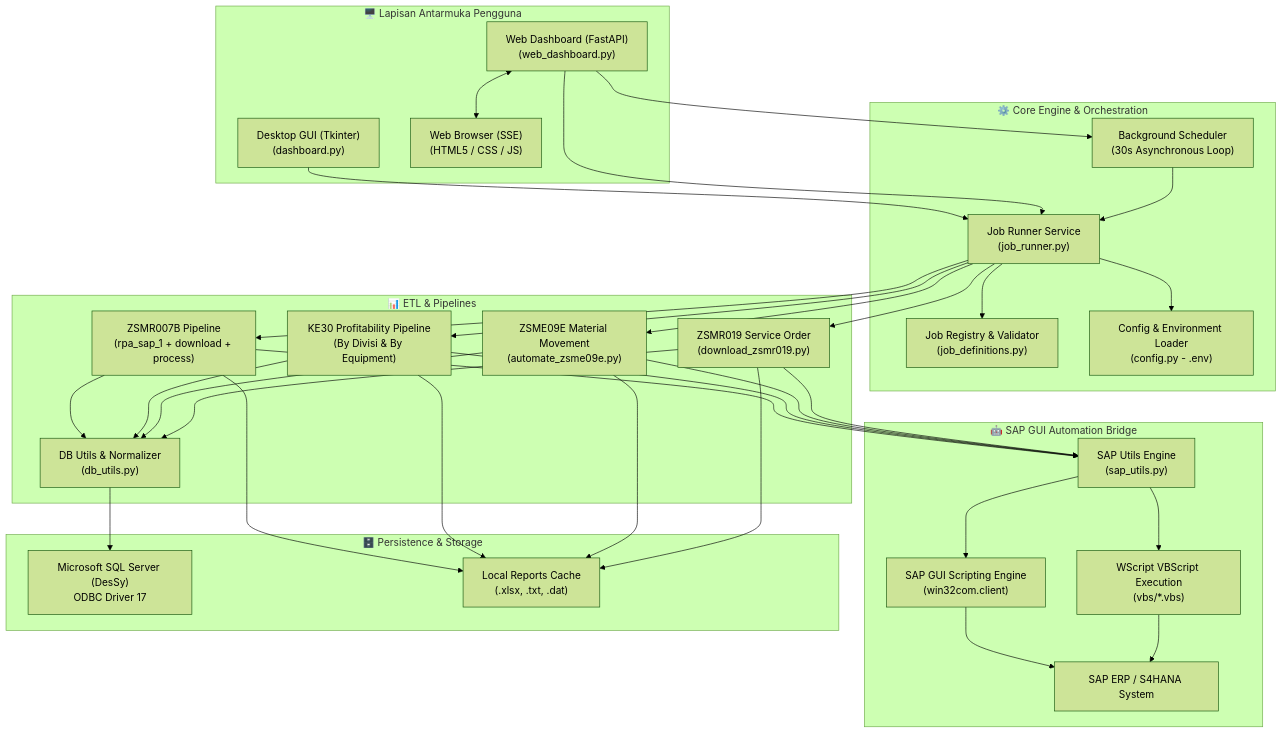
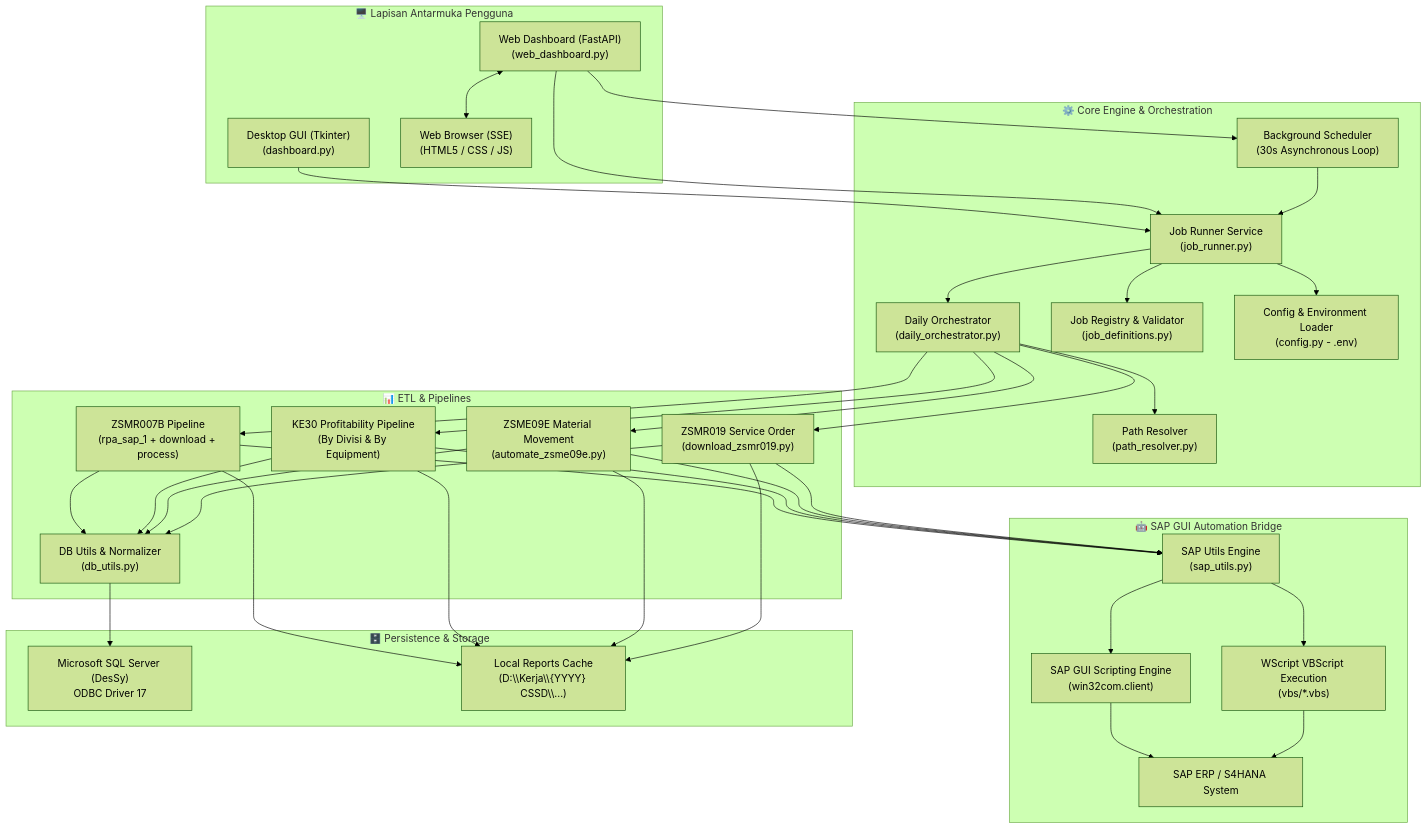
One commit to kodok-ijho/AutomaticSAP-ServPerfAndScoring changed the diagram in README.md. Above: the diagram before and after it, drawn with Mermaid (forest theme). The commit also changed other lines of this file and 12 other files, not shown here.

Commit message:
feat(pipeline): add Daily End-to-End Automation Pipeline (6 stages) with dynamic Astragraphia path resolver and Windows scheduler runner

````diff
--- a/README.md
+++ b/README.md
@@ -43,67 +44,71 @@
 ```mermaid
 flowchart TD
     subgraph UI_Layer["🖥️ Lapisan Antarmuka Pengguna"]
         TK["Desktop GUI (Tkinter)\n(dashboard.py)"]
         WEB["Web Dashboard (FastAPI)\n(web_dashboard.py)"]
         CLIENT["Web Browser (SSE)\n(HTML5 / CSS / JS)"]
         WEB <--> CLIENT
     end
 
     subgraph Service_Layer["⚙️ Core Engine & Orchestration"]
         JR["Job Runner Service\n(job_runner.py)"]
+        DO["Daily Orchestrator\n(daily_orchestrator.py)"]
+        PR["Path Resolver\n(path_resolver.py)"]
         SCH["Background Scheduler\n(30s Asynchronous Loop)"]
         JD["Job Registry & Validator\n(job_definitions.py)"]
         CFG["Config & Environment Loader\n(config.py - .env)"]
     end
 
     subgraph Bridge_Layer["🤖 SAP GUI Automation Bridge"]
         SU["SAP Utils Engine\n(sap_utils.py)"]
         COM["SAP GUI Scripting Engine\n(win32com.client)"]
         VBS["WScript VBScript Execution\n(vbs/*.vbs)"]
         SAP["SAP ERP / S4HANA System"]
     end
 
     subgraph ETL_Layer["📊 ETL & Pipelines"]
         P1["ZSMR007B Pipeline\n(rpa_sap_1 + download + process)"]
         P2["KE30 Profitability Pipeline\n(By Divisi & By Equipment)"]
         P3["ZSME09E Material Movement\n(automate_zsme09e.py)"]
         P4["ZSMR019 Service Order\n(download_zsmr019.py)"]
         DU["DB Utils & Normalizer\n(db_utils.py)"]
     end
 
     subgraph Storage_Layer["🗄️ Persistence & Storage"]
         SQL["Microsoft SQL Server (DesSy)\nODBC Driver 17"]
-        FILES["Local Reports Cache\n(.xlsx, .txt, .dat)"]
+        FILES["Local Reports Cache\n(D:\\Kerja\\{YYYY} CSSD\\...)"]
     end
 
     TK --> JR
     WEB --> JR
     WEB --> SCH
     SCH --> JR
+    JR --> DO
+    DO --> PR
     JR --> JD
     JR --> CFG
 
-    JR --> P1
-    JR --> P2
-    JR --> P3
-    JR --> P4
+    DO --> P1
+    DO --> P2
+    DO --> P3
+    DO --> P4
 
     P1 --> SU
     P2 --> SU
     P3 --> SU
     P4 --> SU
     SU --> COM
     SU --> VBS
     COM --> SAP
     VBS --> SAP
 
     P1 --> DU
     P2 --> DU
     P3 --> DU
     P4 --> DU
     DU --> SQL
     P1 --> FILES
     P2 --> FILES
     P3 --> FILES
     P4 --> FILES
 ```
````
